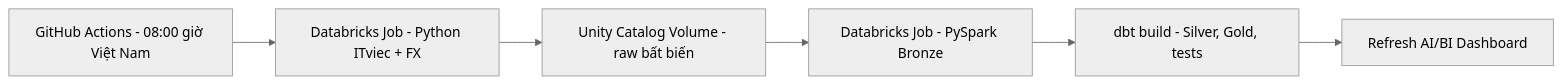
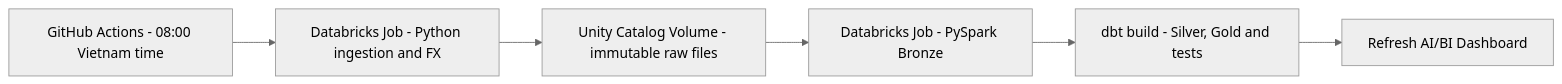
The diagram in README.md (Tanh2k8-123/tech-jobs-data-pipeline), drawn with Mermaid (neutral theme) before and after one commit. The commit also changed other lines of this file and 10 other files, not shown here.

````diff
--- a/README.md
+++ b/README.md
@@ -16,8 +16,8 @@
 ```mermaid
 flowchart LR
-    A[GitHub Actions - 08:00 giờ Việt Nam] --> B[Databricks Job - Python ITviec + FX]
-    B --> C[Unity Catalog Volume - raw bất biến]
+    A[GitHub Actions - 08:00 Vietnam time] --> B[Databricks Job - Python ingestion and FX]
+    B --> C[Unity Catalog Volume - immutable raw files]
     C --> D[Databricks Job - PySpark Bronze]
-    D --> E[dbt build - Silver, Gold, tests]
+    D --> E[dbt build - Silver, Gold and tests]
     E --> F[Refresh AI/BI Dashboard]
 ```
````
